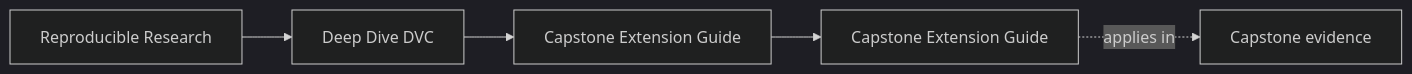
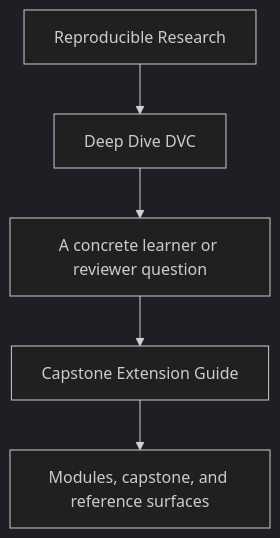
Before and after one commit to bijux/bijux-masterclass: the first of 2 diagrams in programs/reproducible-research/deep-dive-dvc/course-book/guides/capstone-extension-guide.md, drawn with Mermaid (dark theme). The commit also changed other lines of this file and 31 other files, not shown here.

Commit message:
docs(deep-dive-dvc): sharpen guide and reference diagrams

````diff
--- a/programs/reproducible-research/deep-dive-dvc/course-book/guides/capstone-extension-guide.md
+++ b/programs/reproducible-research/deep-dive-dvc/course-book/guides/capstone-extension-guide.md
@@ -9,11 +9,7 @@
 ```mermaid
-graph LR
-  family["Reproducible Research"]
-  program["Deep Dive DVC"]
-  section["Capstone Extension Guide"]
-  page["Capstone Extension Guide"]
-  capstone["Capstone evidence"]
-
-  family --> program --> section --> page
-  page -.applies in.-> capstone
+flowchart TD
+  family["Reproducible Research"] --> program["Deep Dive DVC"]
+  program --> pressure["A concrete learner or reviewer question"]
+  pressure --> guide["Capstone Extension Guide"]
+  guide --> next["Modules, capstone, and reference surfaces"]
 ```
````
